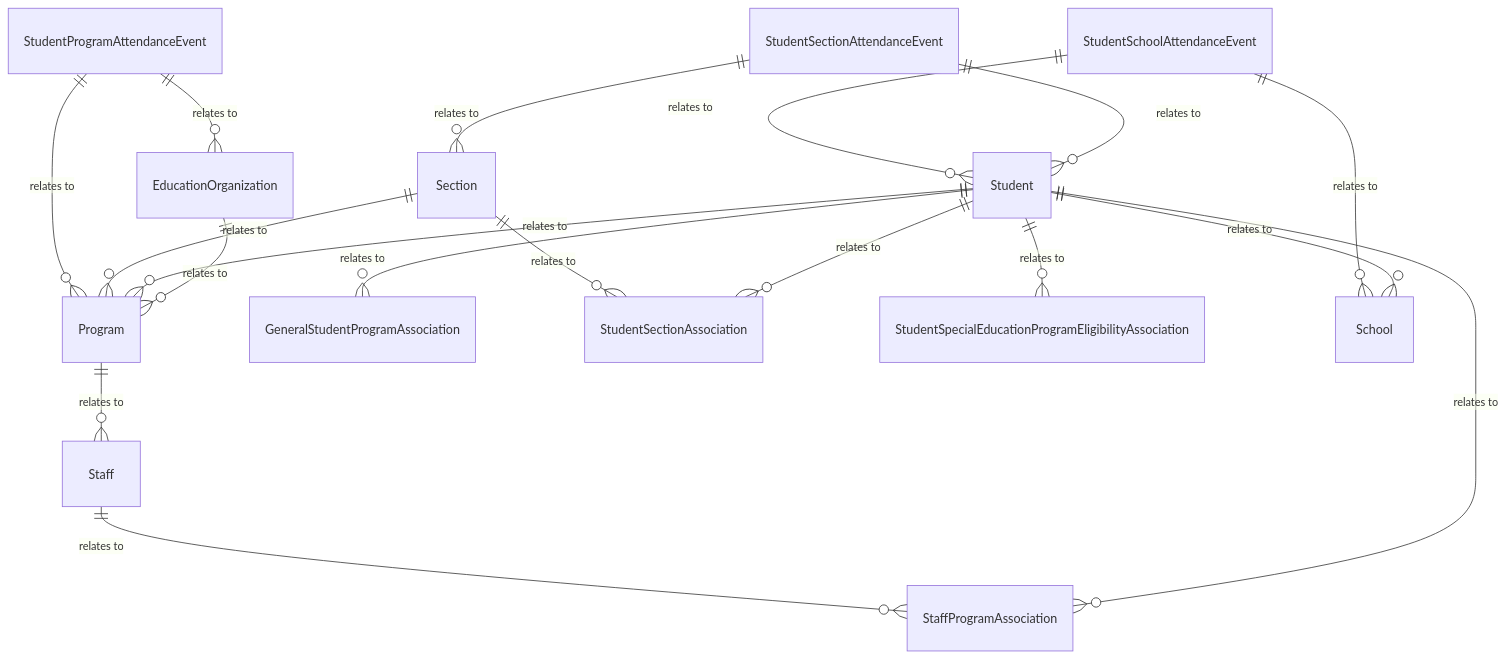
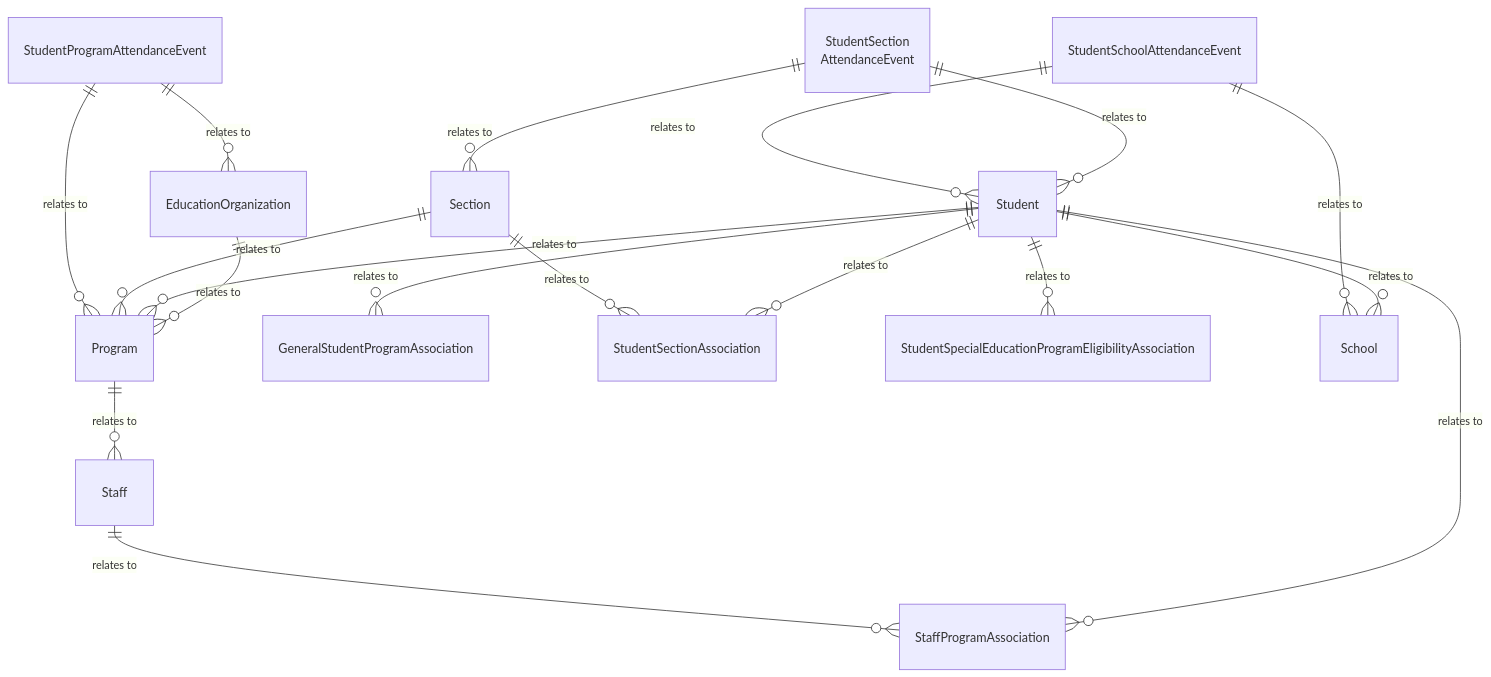
Before and after one commit to Ed-Fi-Alliance-OSS/ed-fi-alliance-oss.github.io: the diagram in dataStandard_versioned_docs/version-6/model-reference/alternative-and-supplemental-services-domain/model-diagrams.md, drawn with Mermaid.

Commit message:
DATASTD-2586

````diff
--- a/dataStandard_versioned_docs/version-6/model-reference/alternative-and-supplemental-services-domain/model-diagrams.md
+++ b/dataStandard_versioned_docs/version-6/model-reference/alternative-and-supplemental-services-domain/model-diagrams.md
@@ -10,46 +10,46 @@
 ```mermaid
 erDiagram
     Program {
     }
     Staff {
     }
     GeneralStudentProgramAssociation {
     }
     StaffProgramAssociation {
     }
     Section {
     }
     StudentSectionAssociation {
     }
     Student {
     }
     EducationOrganization {
     }
-    StudentSectionAttendanceEvent {
+    StudentSectionAttendanceEvent["StudentSection<br/>AttendanceEvent"] {
     }
     StudentSchoolAttendanceEvent {
     }
     StudentProgramAttendanceEvent {
     }
     StudentSpecialEducationProgramEligibilityAssociation {
     }
     School {
     }
     EducationOrganization ||--o{ Program : "relates to"
     Student ||--o{ Program : "relates to"
     Program ||--o{ Staff : "relates to"
     Section ||--o{ Program : "relates to"
     Student ||--o{ School : "relates to"
     Student ||--o{ GeneralStudentProgramAssociation : "relates to"
     Student ||--o{ StaffProgramAssociation : "relates to"
     Staff ||--o{ StaffProgramAssociation : "relates to"
     Student ||--o{ StudentSectionAssociation : "relates to"
     Section ||--o{ StudentSectionAssociation : "relates to"
     Student ||--o{ StudentSpecialEducationProgramEligibilityAssociation : "relates to"
     StudentSectionAttendanceEvent ||--o{ Student : "relates to"
     StudentSectionAttendanceEvent ||--o{ Section : "relates to"
     StudentSchoolAttendanceEvent ||--o{ School : "relates to"
     StudentSchoolAttendanceEvent ||--o{ Student : "relates to"
     StudentProgramAttendanceEvent ||--o{ EducationOrganization : "relates to"
     StudentProgramAttendanceEvent ||--o{ Program : "relates to"
 ```
````
